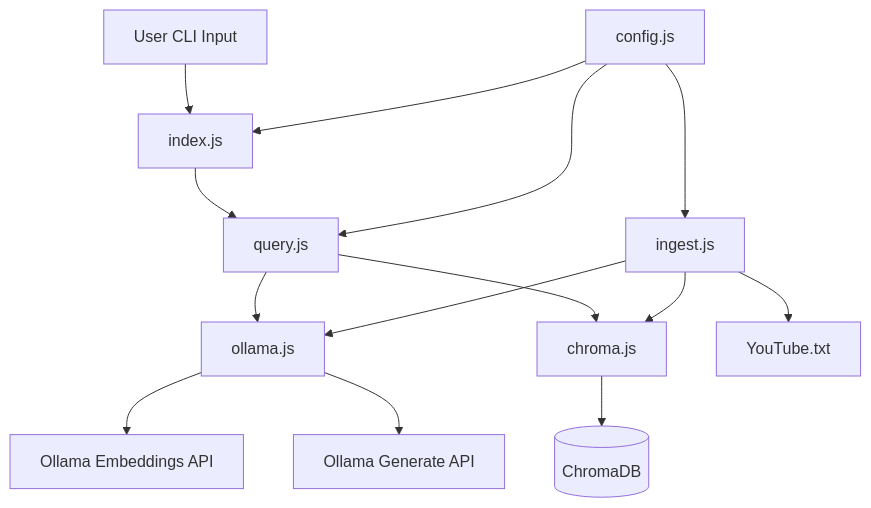
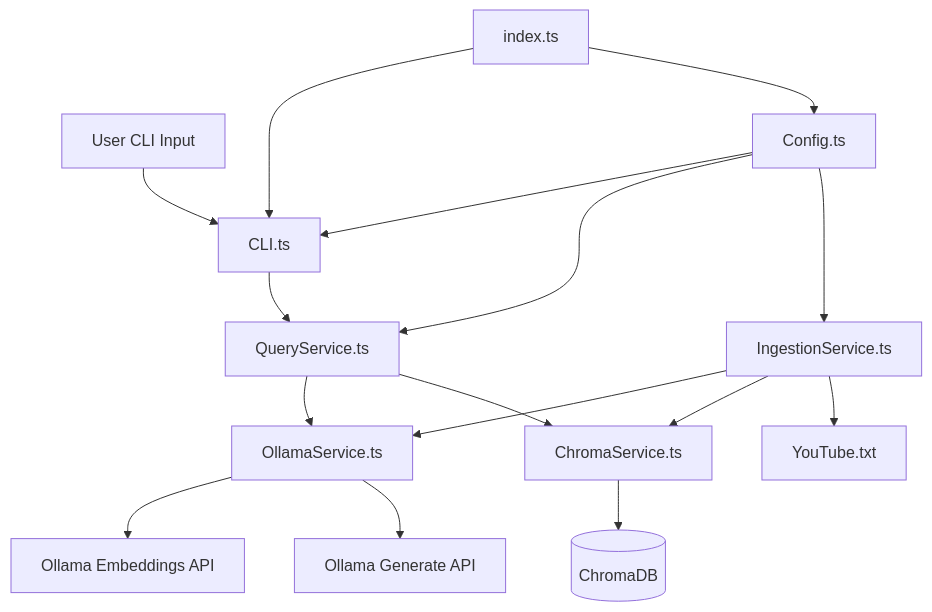
Before and after one commit to SachinSawariya/rag-js: the diagram in README.md, drawn with Mermaid. The commit also changed other lines of this file and 17 other files, not shown here.

````diff
--- a/README.md
+++ b/README.md
@@ -15,18 +15,21 @@
 ```mermaid
 flowchart TD
-    User["User CLI Input"] --> Main["index.js"]
-    Main --> Query["query.js"]
-    Query --> Ollama["ollama.js"]
-    Query --> Chroma["chroma.js"]
-    Ollama --> EmbedAPI["Ollama Embeddings API"]
-    Ollama --> GenAPI["Ollama Generate API"]
-    Chroma --> ChromaDB[("ChromaDB")]
+    User["User CLI Input"] --> CLI["CLI.ts"]
+    CLI --> QueryService["QueryService.ts"]
+    QueryService --> OllamaService["OllamaService.ts"]
+    QueryService --> ChromaService["ChromaService.ts"]
+    OllamaService --> EmbedAPI["Ollama Embeddings API"]
+    OllamaService --> GenAPI["Ollama Generate API"]
+    ChromaService --> ChromaDB[("ChromaDB")]
     
-    Ingest["ingest.js"] --> Ollama
-    Ingest --> Chroma
-    Ingest --> FileSystem["YouTube.txt"]
+    IngestionService["IngestionService.ts"] --> OllamaService
+    IngestionService --> ChromaService
+    IngestionService --> FileSystem["YouTube.txt"]
     
-    Config["config.js"] --> Main
-    Config --> Query
-    Config --> Ingest
+    Config["Config.ts"] --> CLI
+    Config --> QueryService
+    Config --> IngestionService
+    
+    Main["index.ts"] --> CLI
+    Main --> Config
 ```
````
